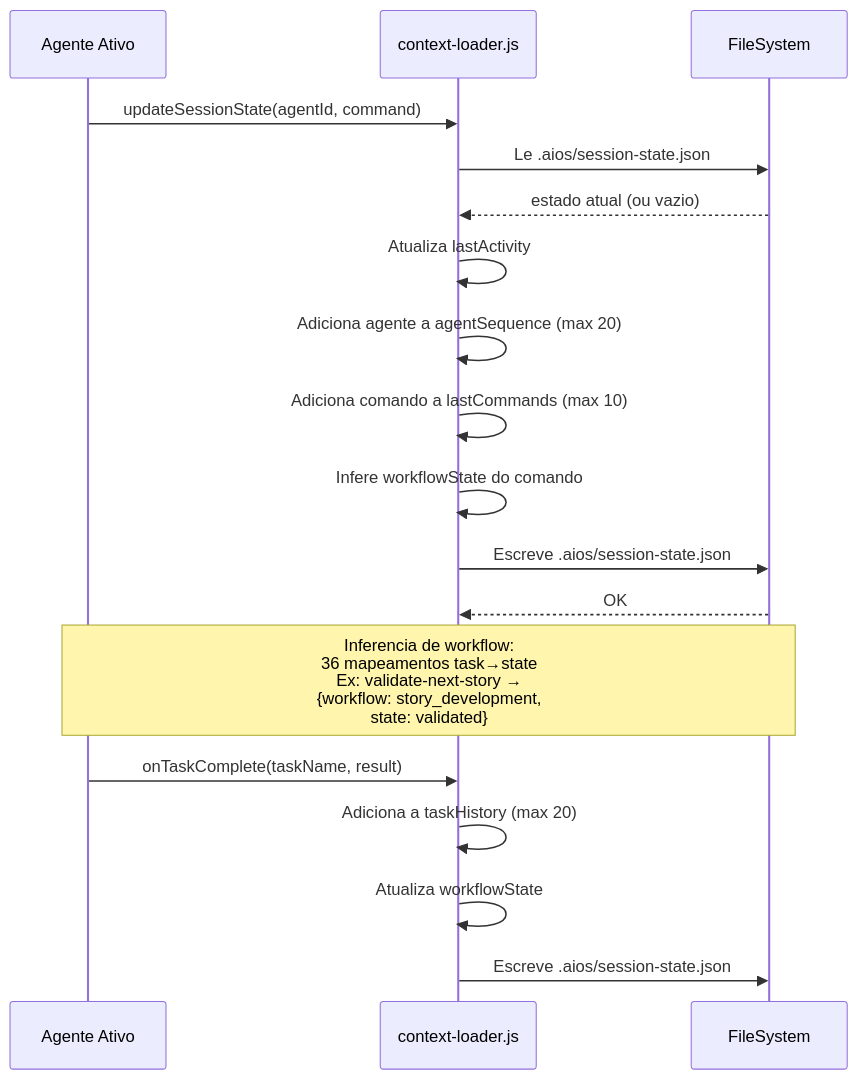
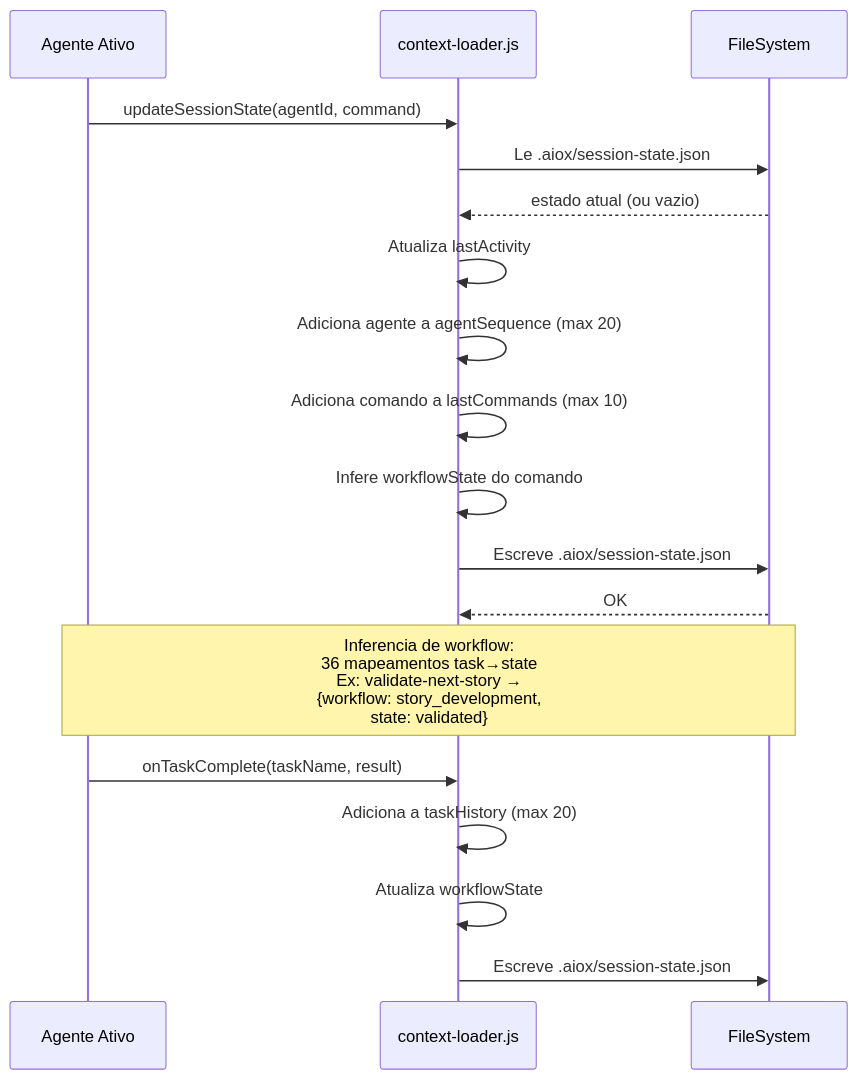
Before and after one commit to brunajunckes/aiox-core: the tenth of 18 diagrams in docs/guides/MEMORY-SYSTEM.md, drawn with Mermaid. The commit also changed other lines of this file and 3396 other files, not shown here.

First line of the commit message:
chore: rebrand aios → aiox across entire codebase (#552)

````diff
--- a/docs/guides/MEMORY-SYSTEM.md
+++ b/docs/guides/MEMORY-SYSTEM.md
@@ -476,25 +476,25 @@
 ```mermaid
 sequenceDiagram
     participant Agent as Agente Ativo
     participant CL as context-loader.js
     participant FS as FileSystem
 
     Agent->>CL: updateSessionState(agentId, command)
-    CL->>FS: Le .aios/session-state.json
+    CL->>FS: Le .aiox/session-state.json
     FS-->>CL: estado atual (ou vazio)
 
     CL->>CL: Atualiza lastActivity
     CL->>CL: Adiciona agente a agentSequence (max 20)
     CL->>CL: Adiciona comando a lastCommands (max 10)
     CL->>CL: Infere workflowState do comando
 
-    CL->>FS: Escreve .aios/session-state.json
+    CL->>FS: Escreve .aiox/session-state.json
     FS-->>CL: OK
 
     Note over Agent,FS: Inferencia de workflow:<br/>36 mapeamentos task→state<br/>Ex: validate-next-story →<br/>{workflow: story_development,<br/>state: validated}
 
     Agent->>CL: onTaskComplete(taskName, result)
     CL->>CL: Adiciona a taskHistory (max 20)
     CL->>CL: Atualiza workflowState
-    CL->>FS: Escreve .aios/session-state.json
+    CL->>FS: Escreve .aiox/session-state.json
 ```
````
